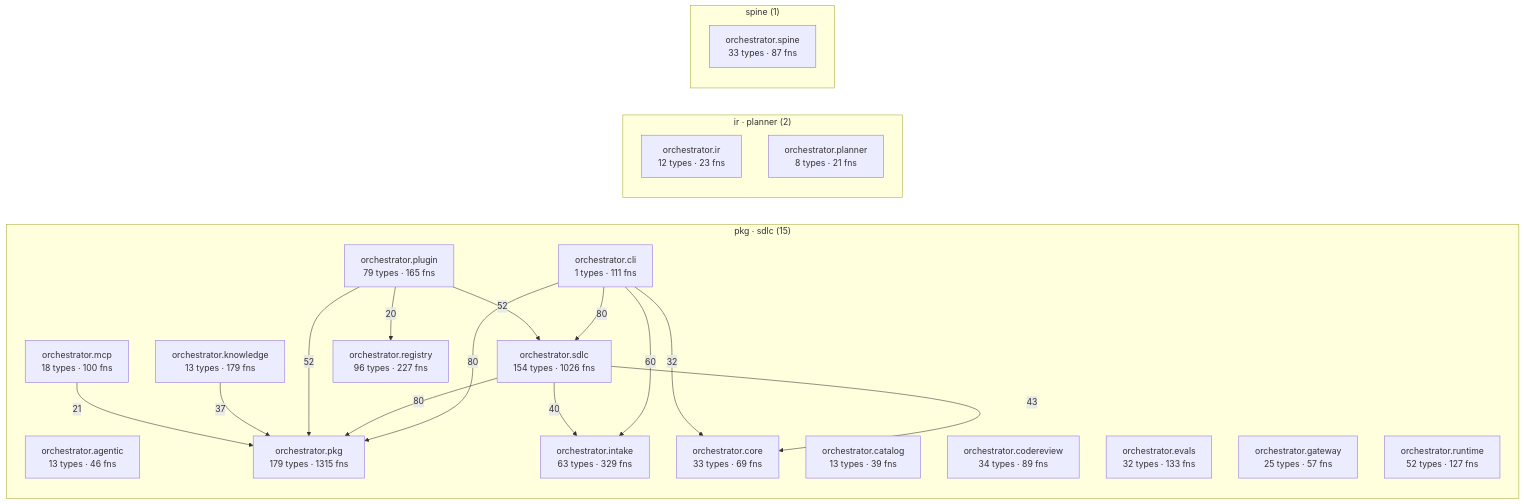
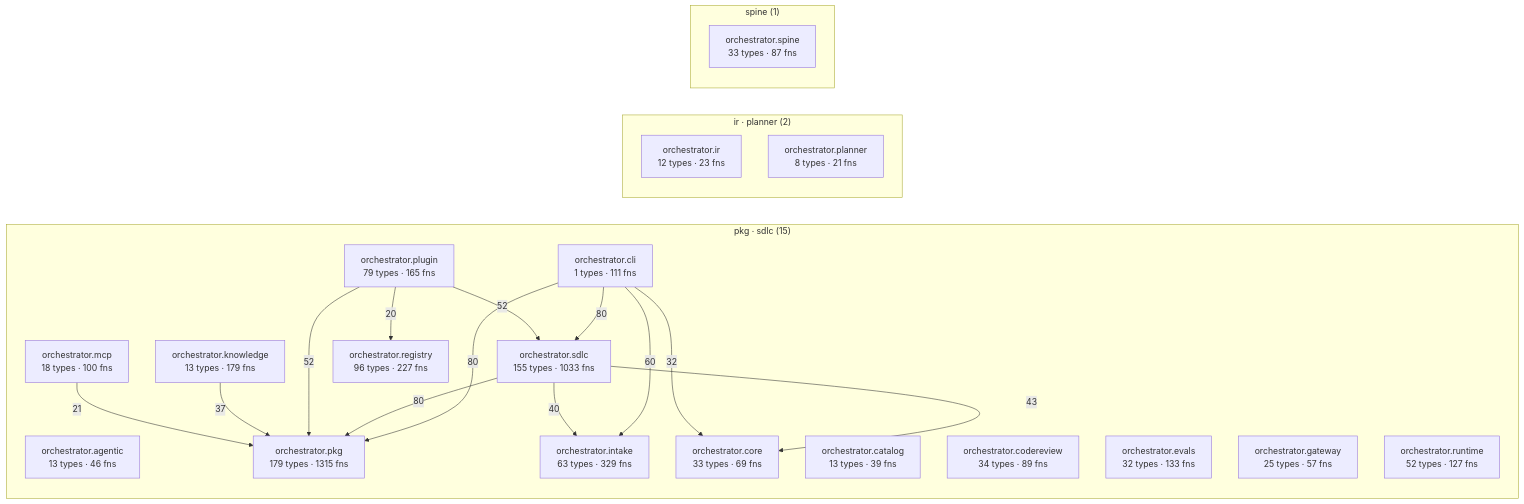
One commit to synaptixs/spine changed the diagram in episteme/architecture.md. Above: the diagram before and after it, drawn with Mermaid. The commit also changed other lines of this file and 15 other files, not shown here.

````diff
--- a/episteme/architecture.md
+++ b/episteme/architecture.md
@@ -56,39 +56,39 @@
 ```mermaid
 flowchart LR
   subgraph c_2["pkg · sdlc (15)"]
     aorchestratoragentic["orchestrator.agentic<br/>13 types · 46 fns"]
     aorchestratorcatalog["orchestrator.catalog<br/>13 types · 39 fns"]
     aorchestratorcli["orchestrator.cli<br/>1 types · 111 fns"]
     aorchestratorcodereview["orchestrator.codereview<br/>34 types · 89 fns"]
     aorchestratorcore["orchestrator.core<br/>33 types · 69 fns"]
     aorchestratorevals["orchestrator.evals<br/>32 types · 133 fns"]
     aorchestratorgateway["orchestrator.gateway<br/>25 types · 57 fns"]
     aorchestratorintake["orchestrator.intake<br/>63 types · 329 fns"]
     aorchestratorknowledge["orchestrator.knowledge<br/>13 types · 179 fns"]
     aorchestratormcp["orchestrator.mcp<br/>18 types · 100 fns"]
     aorchestratorpkg["orchestrator.pkg<br/>179 types · 1315 fns"]
     aorchestratorplugin["orchestrator.plugin<br/>79 types · 165 fns"]
     aorchestratorregistry["orchestrator.registry<br/>96 types · 227 fns"]
     aorchestratorruntime["orchestrator.runtime<br/>52 types · 127 fns"]
-    aorchestratorsdlc["orchestrator.sdlc<br/>154 types · 1026 fns"]
+    aorchestratorsdlc["orchestrator.sdlc<br/>155 types · 1033 fns"]
   end
   subgraph c_5["ir · planner (2)"]
     aorchestratorir["orchestrator.ir<br/>12 types · 23 fns"]
     aorchestratorplanner["orchestrator.planner<br/>8 types · 21 fns"]
   end
   subgraph c_10["spine (1)"]
     aorchestratorspine["orchestrator.spine<br/>33 types · 87 fns"]
   end
   aorchestratorcli -->|80| aorchestratorpkg
   aorchestratorcli -->|80| aorchestratorsdlc
   aorchestratorsdlc -->|80| aorchestratorpkg
   aorchestratorcli -->|60| aorchestratorintake
   aorchestratorplugin -->|52| aorchestratorpkg
   aorchestratorplugin -->|52| aorchestratorsdlc
   aorchestratorsdlc -->|43| aorchestratorcore
   aorchestratorsdlc -->|40| aorchestratorintake
   aorchestratorknowledge -->|37| aorchestratorpkg
   aorchestratorcli -->|32| aorchestratorcore
   aorchestratormcp -->|21| aorchestratorpkg
   aorchestratorplugin -->|20| aorchestratorregistry
 ```
````
